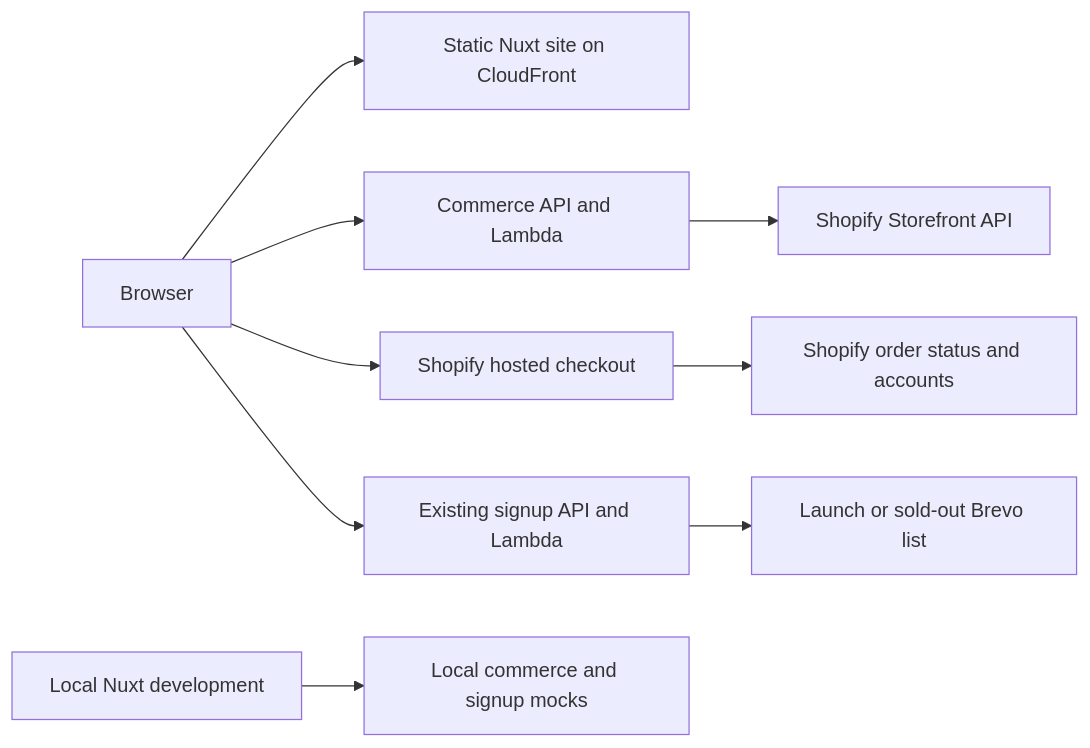
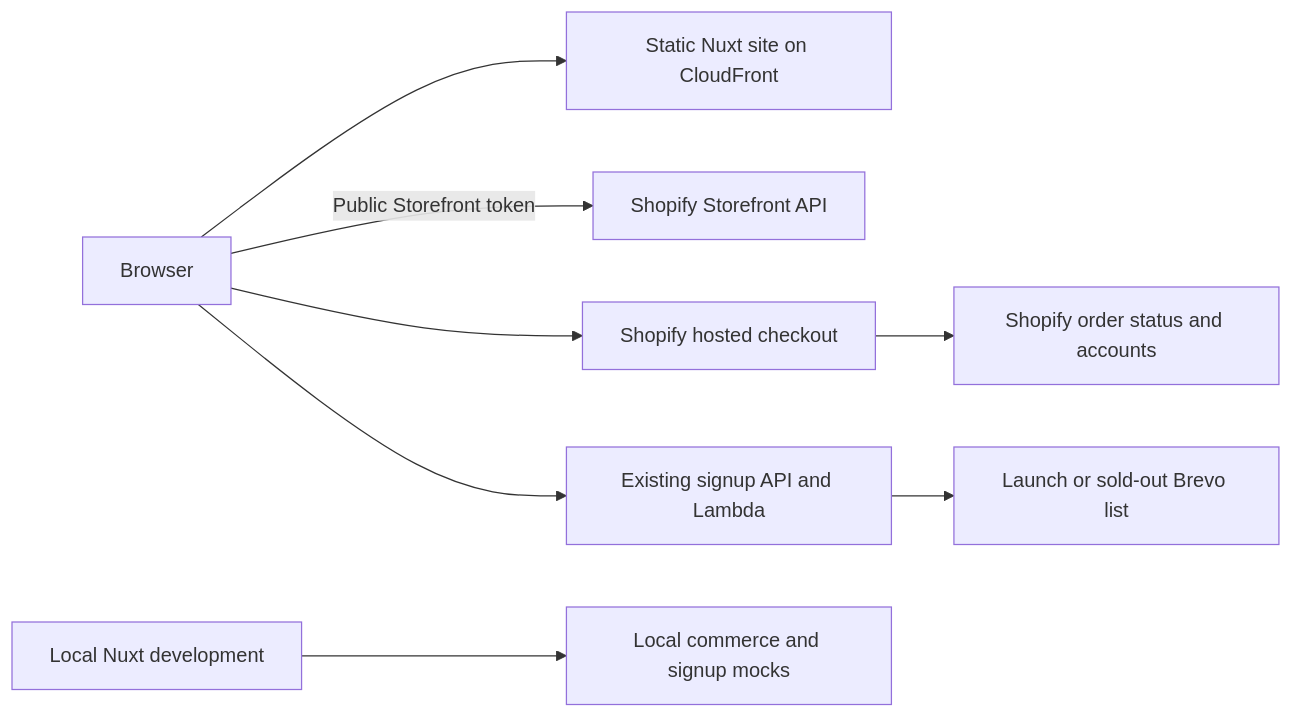
One commit to flat-girl/website changed the diagram in docs/plans/shopify-integration-plan.md. Above: the diagram before and after it, drawn with Mermaid. The commit also changed other lines of this file and 40 other files, not shown here.

````diff
--- a/docs/plans/shopify-integration-plan.md
+++ b/docs/plans/shopify-integration-plan.md
@@ -114,11 +122,10 @@
 ```mermaid
 flowchart LR
   Visitor[Browser] --> Static[Static Nuxt site on CloudFront]
-  Visitor --> Commerce[Commerce API and Lambda]
-  Commerce --> Storefront[Shopify Storefront API]
+  Visitor -->|Public Storefront token| Storefront[Shopify Storefront API]
   Visitor --> Checkout[Shopify hosted checkout]
   Checkout --> Account[Shopify order status and accounts]
   Visitor --> Signup[Existing signup API and Lambda]
   Signup --> Brevo[Launch or sold-out Brevo list]
   Dev[Local Nuxt development] --> Mocks[Local commerce and signup mocks]
 ```
````
